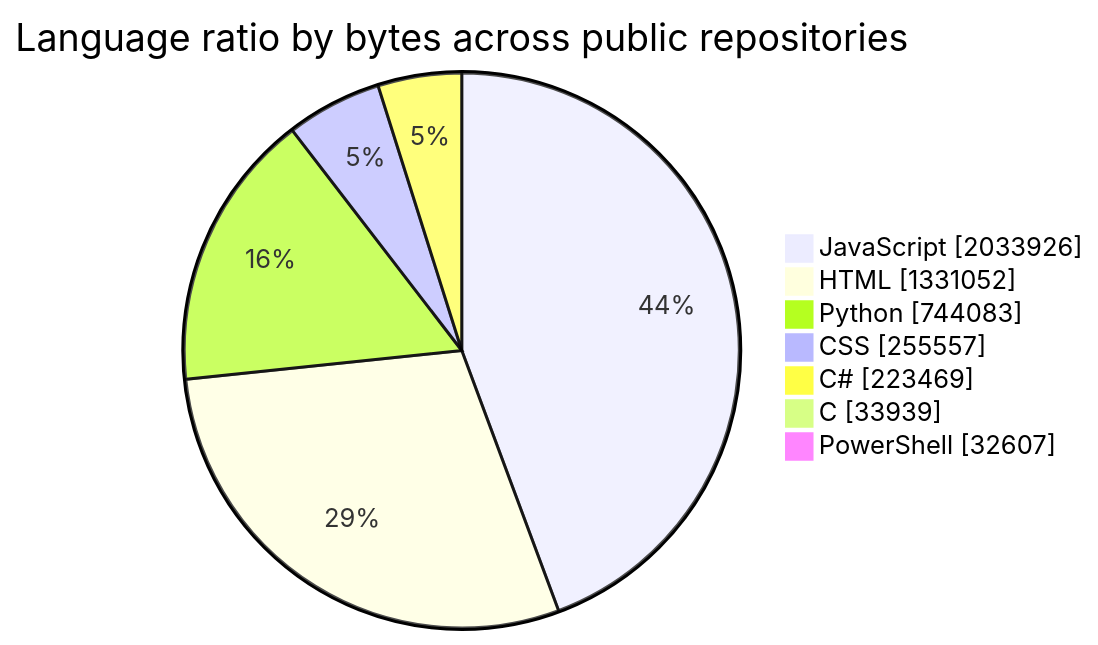
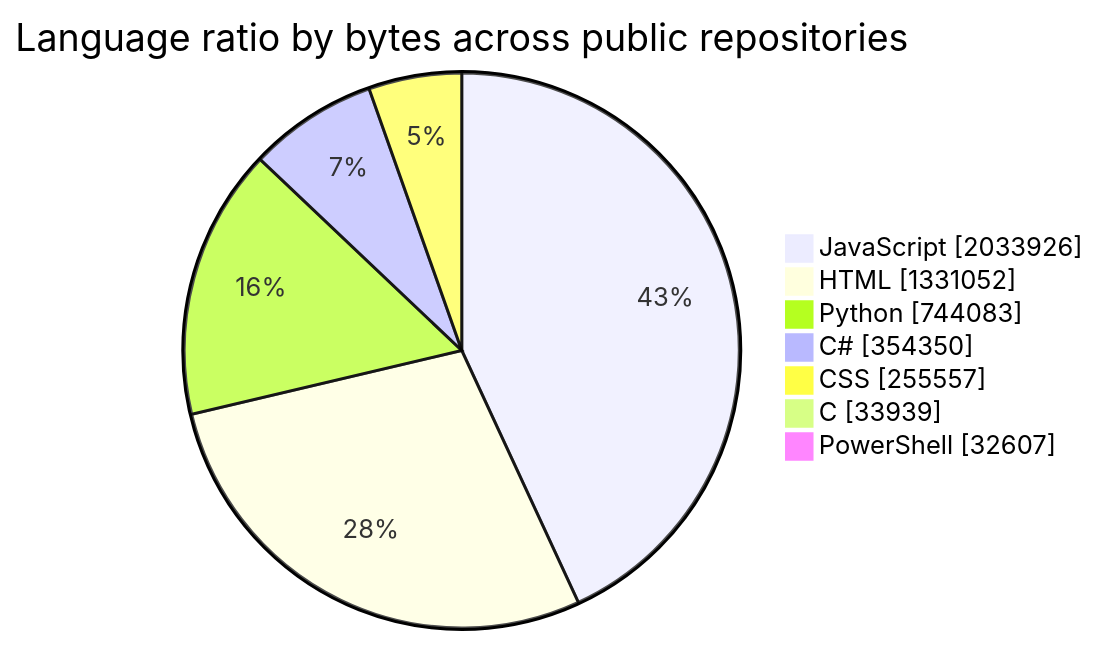
The first of 2 diagrams in README.md (tchinso/tchinso), drawn with Mermaid before and after one commit. The commit also changed other lines of this file, not shown here.

````diff
--- a/README.md
+++ b/README.md
@@ -24,11 +24,11 @@
 ```mermaid
 pie showData
     title Language ratio by bytes across public repositories
     "JavaScript" : 2033926
     "HTML" : 1331052
     "Python" : 744083
+    "C#" : 354350
     "CSS" : 255557
-    "C#" : 223469
     "C" : 33939
     "PowerShell" : 32607
 ```
````
